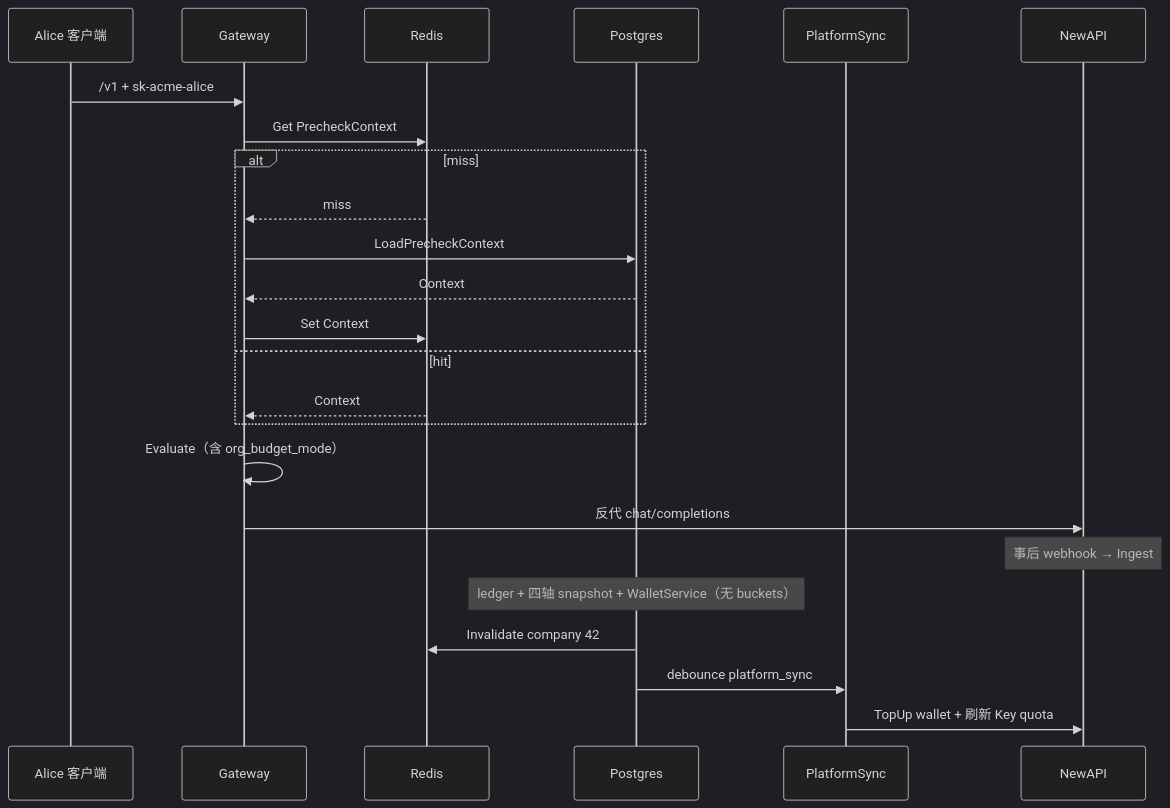
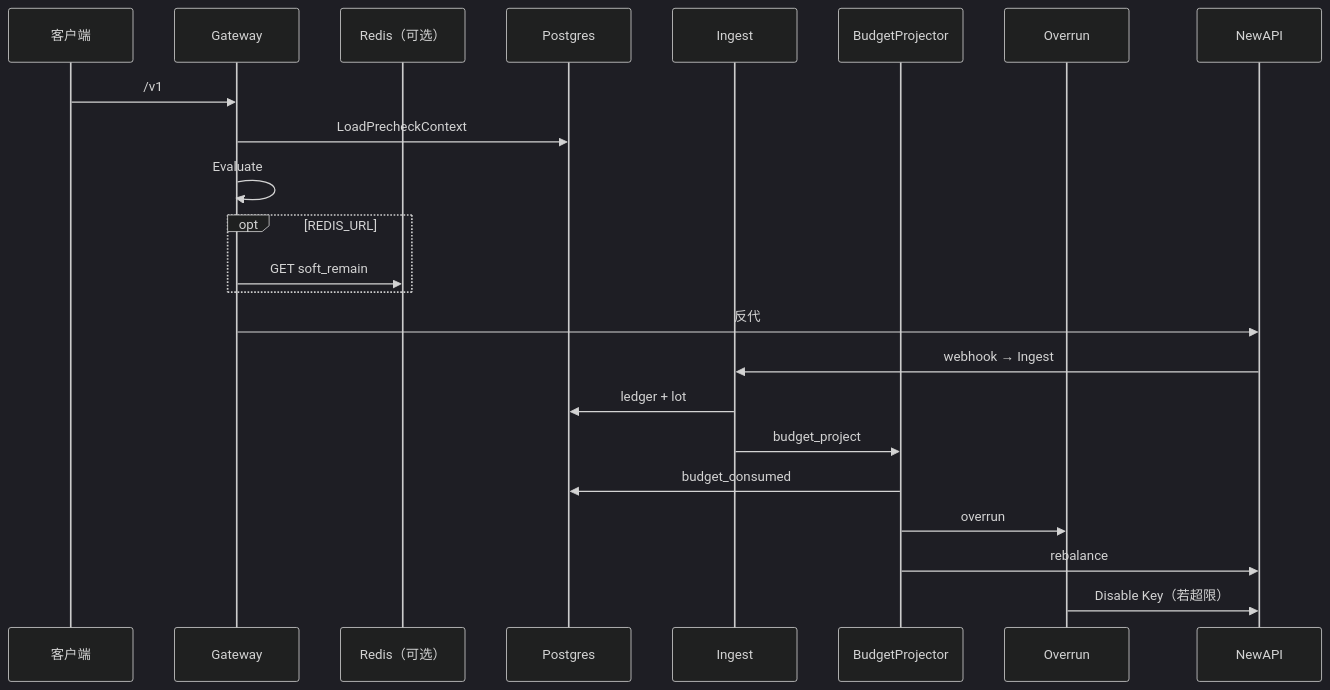
One commit to quyip8818/mytokenjoy changed the third of 3 diagrams in docs/架构简化-分阶段详解.md. Above: the diagram before and after it, drawn with Mermaid (dark theme). The commit also changed other lines of this file and 108 other files, not shown here.

First line of the commit message:
feat(budget): 异步预算投影替换同步快照，并修复测试 ingest 隔离

````diff
--- a/docs/架构简化-分阶段详解.md
+++ b/docs/架构简化-分阶段详解.md
@@ -398,27 +276,27 @@
 ```mermaid
 sequenceDiagram
-  participant C as Alice 客户端
+  participant C as 客户端
   participant GW as Gateway
-  participant RC as Redis
+  participant RC as Redis（可选）
   participant PG as Postgres
-  participant PS as PlatformSync
+  participant ING as Ingest
+  participant BP as BudgetProjector
+  participant OV as Overrun
   participant NA as NewAPI
 
-  C->>GW: /v1 + sk-acme-alice
-  GW->>RC: Get PrecheckContext
-  alt miss
-    RC-->>GW: miss
-    GW->>PG: LoadPrecheckContext
-    PG-->>GW: Context
-    GW->>RC: Set Context
-  else hit
-    RC-->>GW: Context
+  C->>GW: /v1
+  GW->>PG: LoadPrecheckContext
+  GW->>GW: Evaluate
+  opt REDIS_URL
+    GW->>RC: GET soft_remain
   end
-  GW->>GW: Evaluate（含 org_budget_mode）
-  GW->>NA: 反代 chat/completions
-  Note over NA: 事后 webhook → Ingest
-  Note over PG: ledger + 四轴 snapshot + WalletService（无 buckets）
-  PG->>RC: Invalidate company 42
-  PG->>PS: debounce platform_sync
-  PS->>NA: TopUp wallet + 刷新 Key quota
+  GW->>NA: 反代
+
+  NA->>ING: webhook → Ingest
+  ING->>PG: ledger + lot
+  ING->>BP: budget_project
+  BP->>PG: budget_consumed
+  BP->>OV: overrun
+  BP->>NA: rebalance
+  OV->>NA: Disable Key（若超限）
 ```
````
